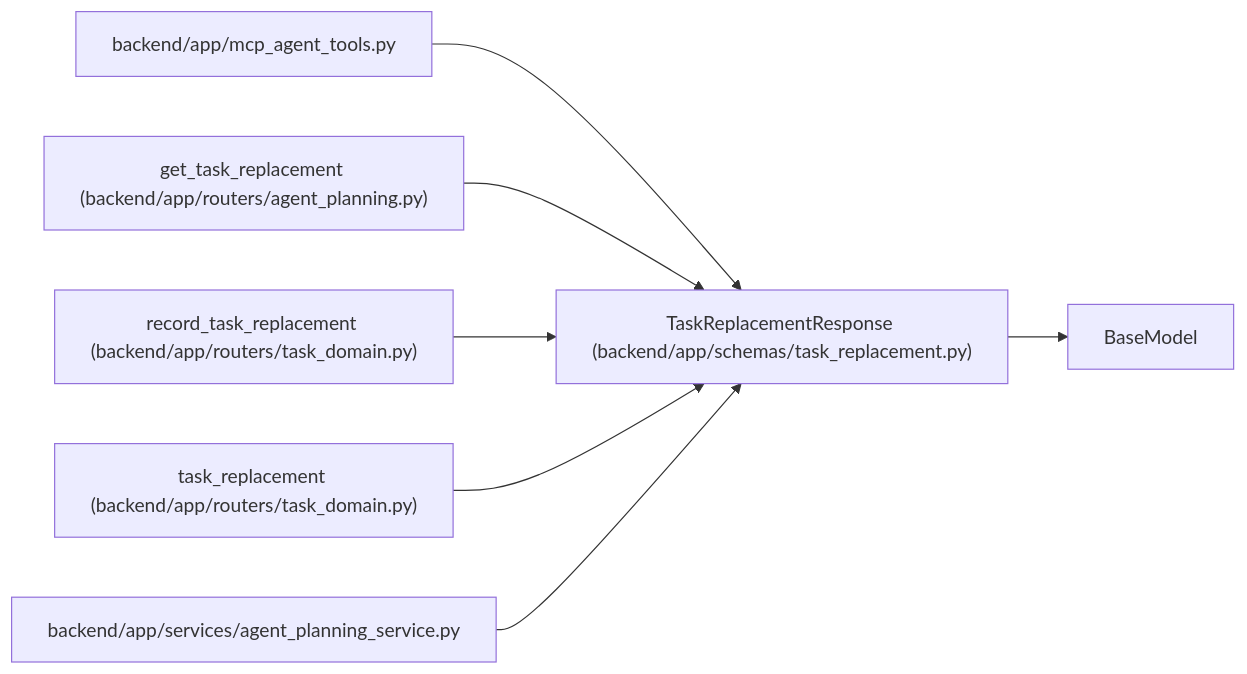
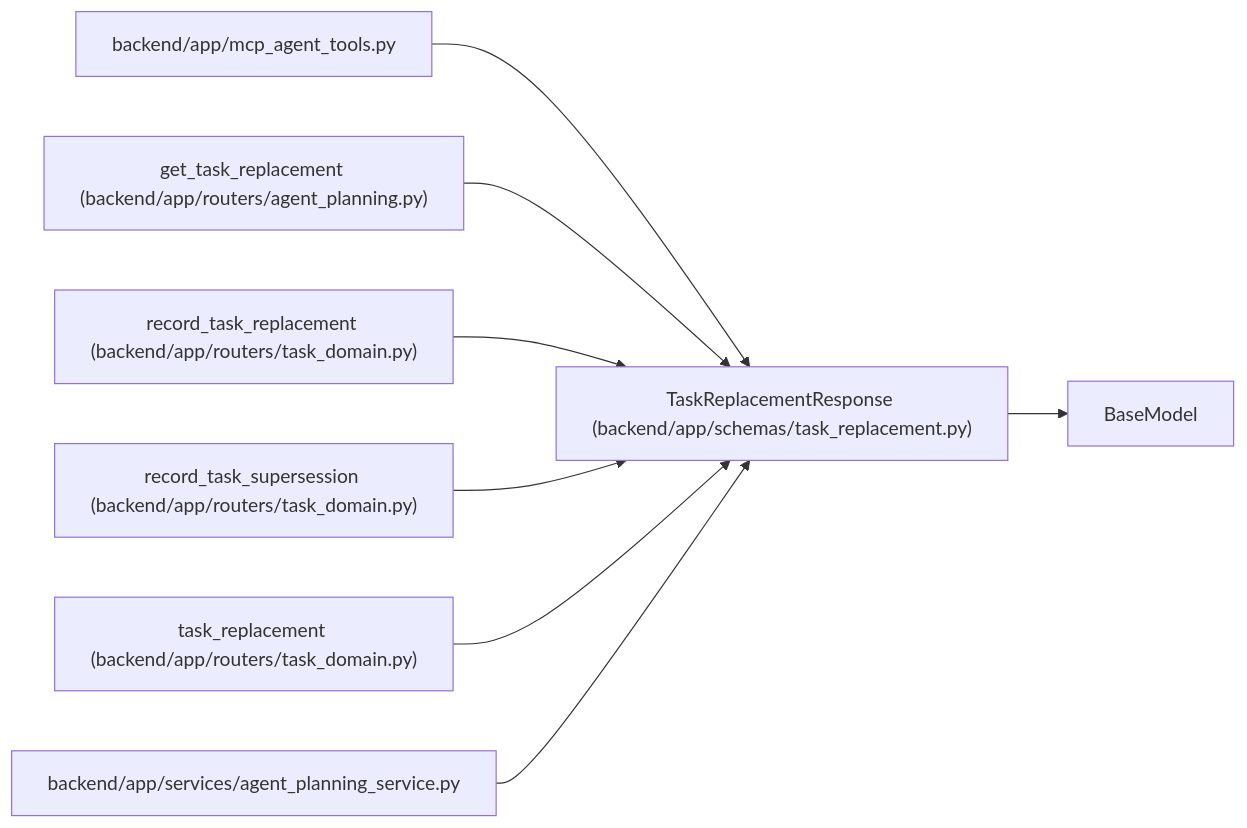
Before and after one commit to Denissvgn/WorkChord: the diagram in docs/llm_wiki/entities/TaskReplacementResponse.md, drawn with Mermaid. The commit also changed other lines of this file and 693 other files, not shown here.

Commit message:
Sync the architectural wiki for superseding work with an accepted successor

````diff
--- a/docs/llm_wiki/entities/TaskReplacementResponse.md
+++ b/docs/llm_wiki/entities/TaskReplacementResponse.md
@@ -37,22 +38,25 @@
 ```mermaid
 flowchart LR
     n0["TaskReplacementResponse (backend/app/schemas/task_replacement.py)"]
     n1["BaseModel"]
     n2["backend/app/mcp_agent_tools.py"]
     n3["get_task_replacement (backend/app/routers/agent_planning.py)"]
     n4["record_task_replacement (backend/app/routers/task_domain.py)"]
-    n5["task_replacement (backend/app/routers/task_domain.py)"]
-    n6["backend/app/services/agent_planning_service.py"]
+    n5["record_task_supersession (backend/app/routers/task_domain.py)"]
+    n6["task_replacement (backend/app/routers/task_domain.py)"]
+    n7["backend/app/services/agent_planning_service.py"]
     n0 --> n1
     n2 --> n0
     n3 --> n0
     n4 --> n0
     n5 --> n0
     n6 --> n0
+    n7 --> n0
     click n0 "../modules/schemas_task_replacement.md"
     click n2 "../modules/mcp_agent_tools.md"
     click n3 "../modules/routers_agent_planning.md"
     click n4 "../modules/routers_task_domain.md"
     click n5 "../modules/routers_task_domain.md"
-    click n6 "../modules/agent_planning_service.md"
+    click n6 "../modules/routers_task_domain.md"
+    click n7 "../modules/agent_planning_service.md"
 ```
````
